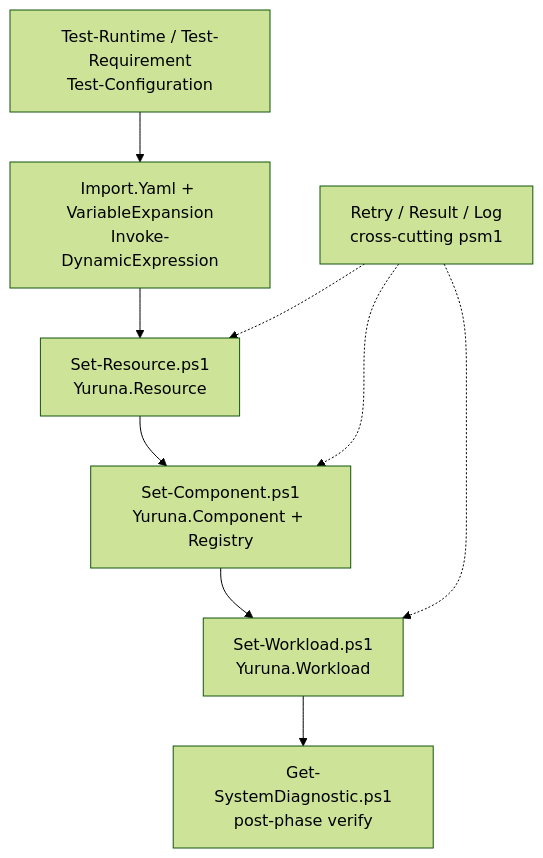
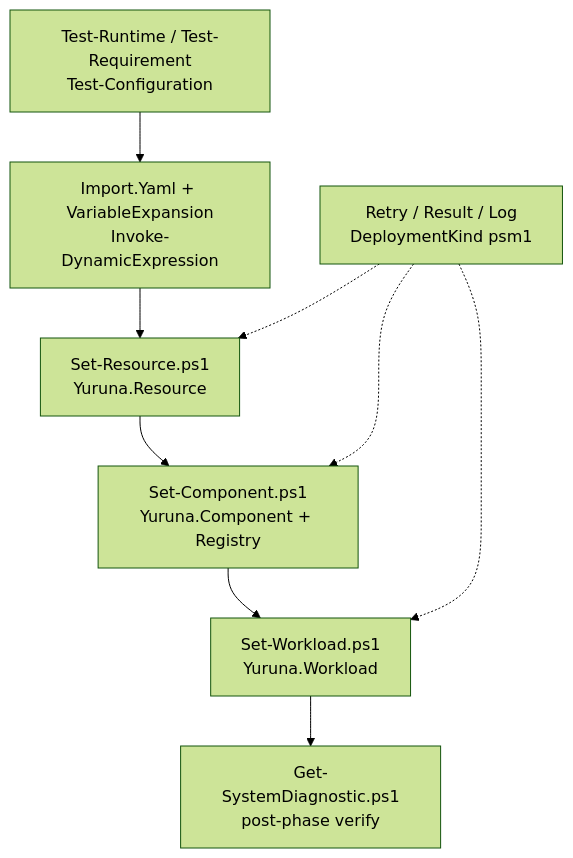
The first of 7 diagrams in docs/design/02-component-breakdown.md (alissonsol/yuruna), drawn with Mermaid (forest theme) before and after one commit. The commit also changed other lines of this file and 492 other files, not shown here.

````diff
--- a/docs/design/02-component-breakdown.md
+++ b/docs/design/02-component-breakdown.md
@@ -10,17 +10,17 @@
 ```mermaid
 flowchart TD
     set-resource[Set-Resource.ps1<br/>Yuruna.Resource]
     set-component[Set-Component.ps1<br/>Yuruna.Component + Registry]
     set-workload[Set-Workload.ps1<br/>Yuruna.Workload]
     validation[Test-Runtime / Test-Requirement<br/>Test-Configuration]
     config-parse[Import.Yaml + VariableExpansion<br/>Invoke-DynamicExpression]
-    cross-cutting[Retry / Result / Log<br/>cross-cutting psm1]
+    cross-cutting[Retry / Result / Log<br/>DeploymentKind psm1]
     diagnostic[Get-SystemDiagnostic.ps1<br/>post-phase verify]
 
     config-parse --> set-resource --> set-component --> set-workload
     validation --> config-parse
     cross-cutting -.-> set-resource
     cross-cutting -.-> set-component
     cross-cutting -.-> set-workload
     set-workload --> diagnostic
 ```
````
